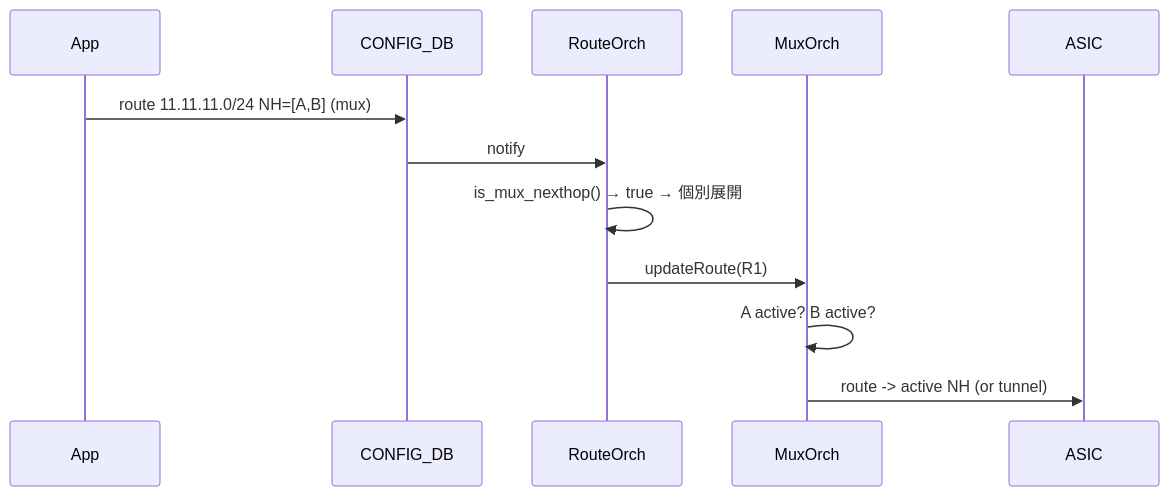
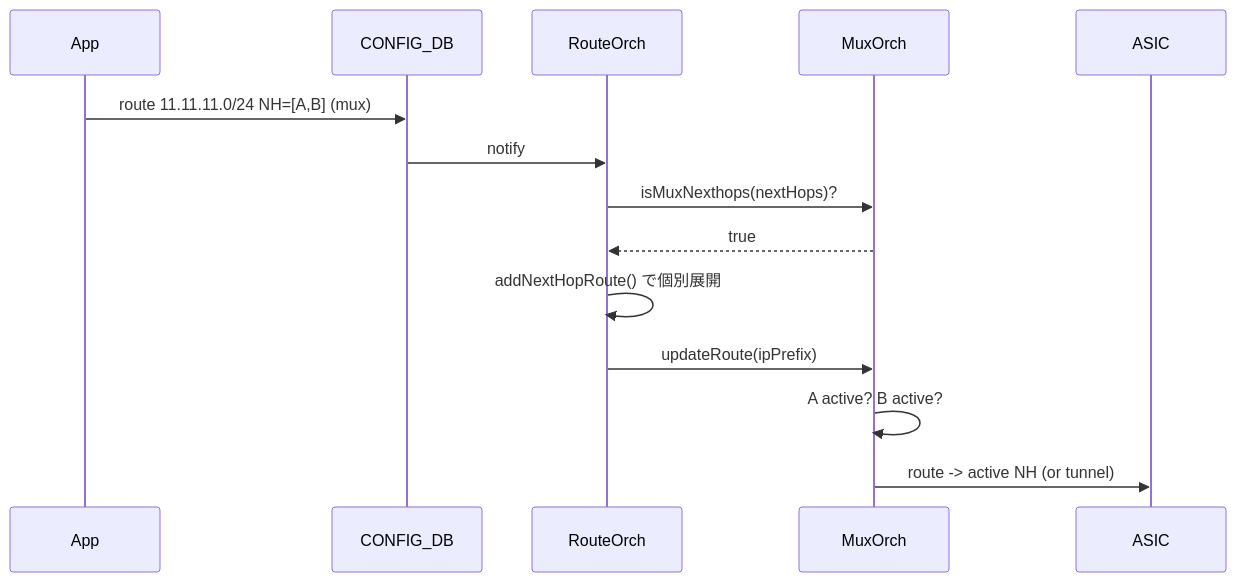
One commit to aoki-taquan/sonic-unofficial-docs changed the second of 2 diagrams in docs/routing/multiple-nexthop-route-hld.md. Above: the diagram before and after it, drawn with Mermaid. The commit also changed other lines of this file and 23 other files, not shown here.

````diff
--- a/docs/routing/multiple-nexthop-route-hld.md
+++ b/docs/routing/multiple-nexthop-route-hld.md
@@ -130,14 +157,16 @@
 ```mermaid
 sequenceDiagram
     participant App
     participant CDB as CONFIG_DB
     participant RO as RouteOrch
     participant MO as MuxOrch
     participant ASIC
     App->>CDB: route 11.11.11.0/24 NH=[A,B] (mux)
     CDB->>RO: notify
-    RO->>RO: is_mux_nexthop() → true → 個別展開
-    RO->>MO: updateRoute(R1)
+    RO->>MO: isMuxNexthops(nextHops)?
+    MO-->>RO: true
+    RO->>RO: addNextHopRoute() で個別展開
+    RO->>MO: updateRoute(ipPrefix)
     MO->>MO: A active? B active?
     MO->>ASIC: route -> active NH (or tunnel)
 ```
````
